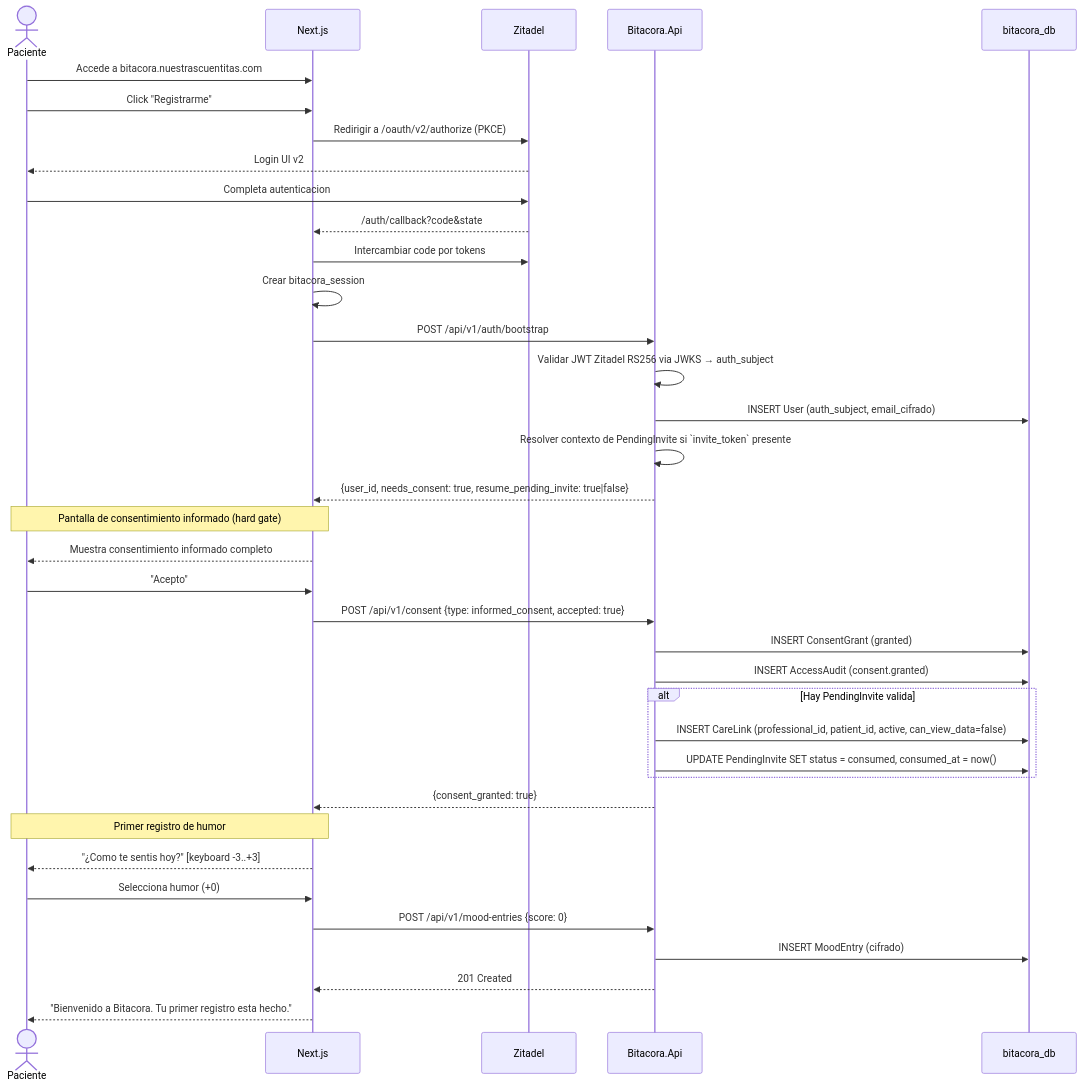
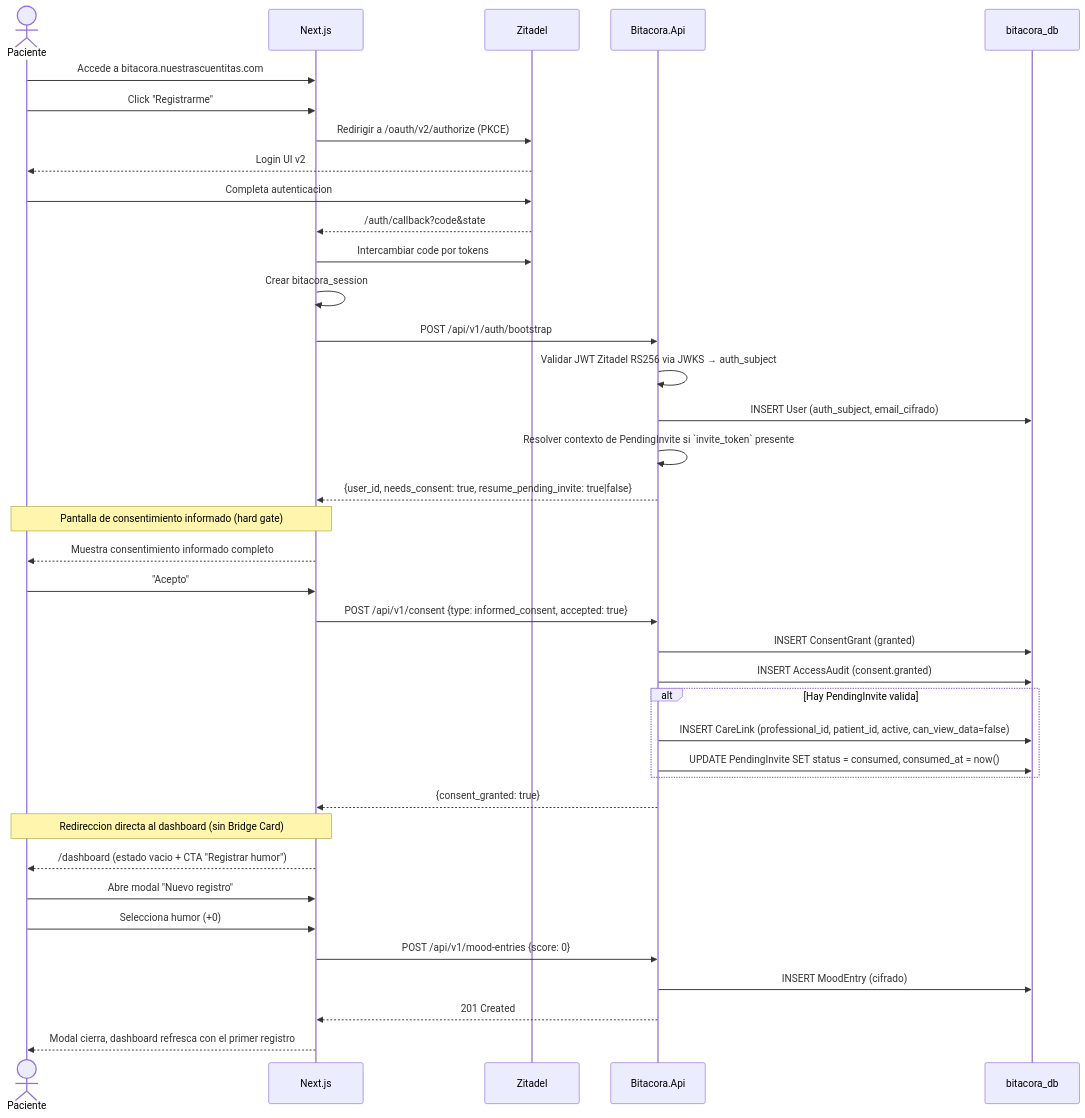
One commit to fgpaz/bitacora changed the diagram in .docs/wiki/03_FL/FL-ONB-01.md. Above: the diagram before and after it, drawn with Mermaid. The commit also changed other lines of this file and 14 other files, not shown here.

First line of the commit message:
docs(canon): sync wiki con decisión dashboard-first (RF-VIS-015, UXS/UI-RFC/TP)

````diff
--- a/.docs/wiki/03_FL/FL-ONB-01.md
+++ b/.docs/wiki/03_FL/FL-ONB-01.md
@@ -34,42 +34,43 @@
 ```mermaid
 sequenceDiagram
     actor P as Paciente
     participant WEB as Next.js
     participant IDP as Zitadel
     participant API as Bitacora.Api
     participant DB as bitacora_db
 
     P->>WEB: Accede a bitacora.nuestrascuentitas.com
     P->>WEB: Click "Registrarme"
     WEB->>IDP: Redirigir a /oauth/v2/authorize (PKCE)
     IDP-->>P: Login UI v2
     P->>IDP: Completa autenticacion
     IDP-->>WEB: /auth/callback?code&state
     WEB->>IDP: Intercambiar code por tokens
     WEB->>WEB: Crear bitacora_session
     WEB->>API: POST /api/v1/auth/bootstrap
     API->>API: Validar JWT Zitadel RS256 via JWKS → auth_subject
     API->>DB: INSERT User (auth_subject, email_cifrado)
     API->>API: Resolver contexto de PendingInvite si `invite_token` presente
     API-->>WEB: {user_id, needs_consent: true, resume_pending_invite: true|false}
 
     Note over WEB,P: Pantalla de consentimiento informado (hard gate)
     WEB-->>P: Muestra consentimiento informado completo
     P->>WEB: "Acepto"
     WEB->>API: POST /api/v1/consent {type: informed_consent, accepted: true}
     API->>DB: INSERT ConsentGrant (granted)
     API->>DB: INSERT AccessAudit (consent.granted)
     alt Hay PendingInvite valida
         API->>DB: INSERT CareLink (professional_id, patient_id, active, can_view_data=false)
         API->>DB: UPDATE PendingInvite SET status = consumed, consumed_at = now()
     end
     API-->>WEB: {consent_granted: true}
 
-    Note over WEB,P: Primer registro de humor
-    WEB-->>P: "¿Como te sentis hoy?" [keyboard -3..+3]
+    Note over WEB,P: Redireccion directa al dashboard (sin Bridge Card)
+    WEB-->>P: /dashboard (estado vacio + CTA "Registrar humor")
+    P->>WEB: Abre modal "Nuevo registro"
     P->>WEB: Selecciona humor (+0)
     WEB->>API: POST /api/v1/mood-entries {score: 0}
     API->>DB: INSERT MoodEntry (cifrado)
     API-->>WEB: 201 Created
-    WEB-->>P: "Bienvenido a Bitacora. Tu primer registro esta hecho."
+    WEB-->>P: Modal cierra, dashboard refresca con el primer registro
 ```
````
